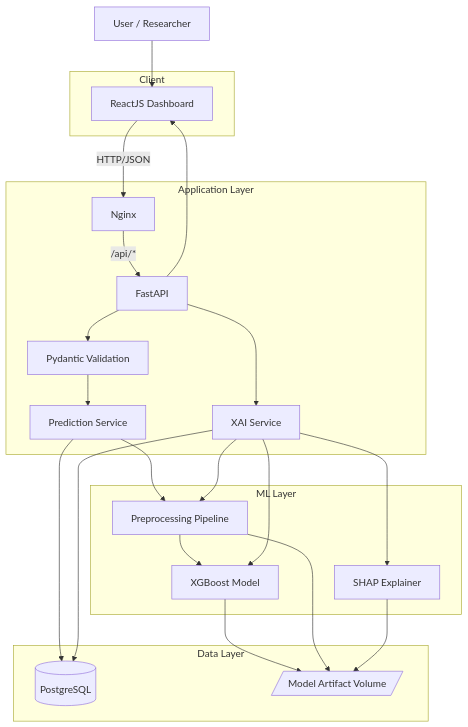
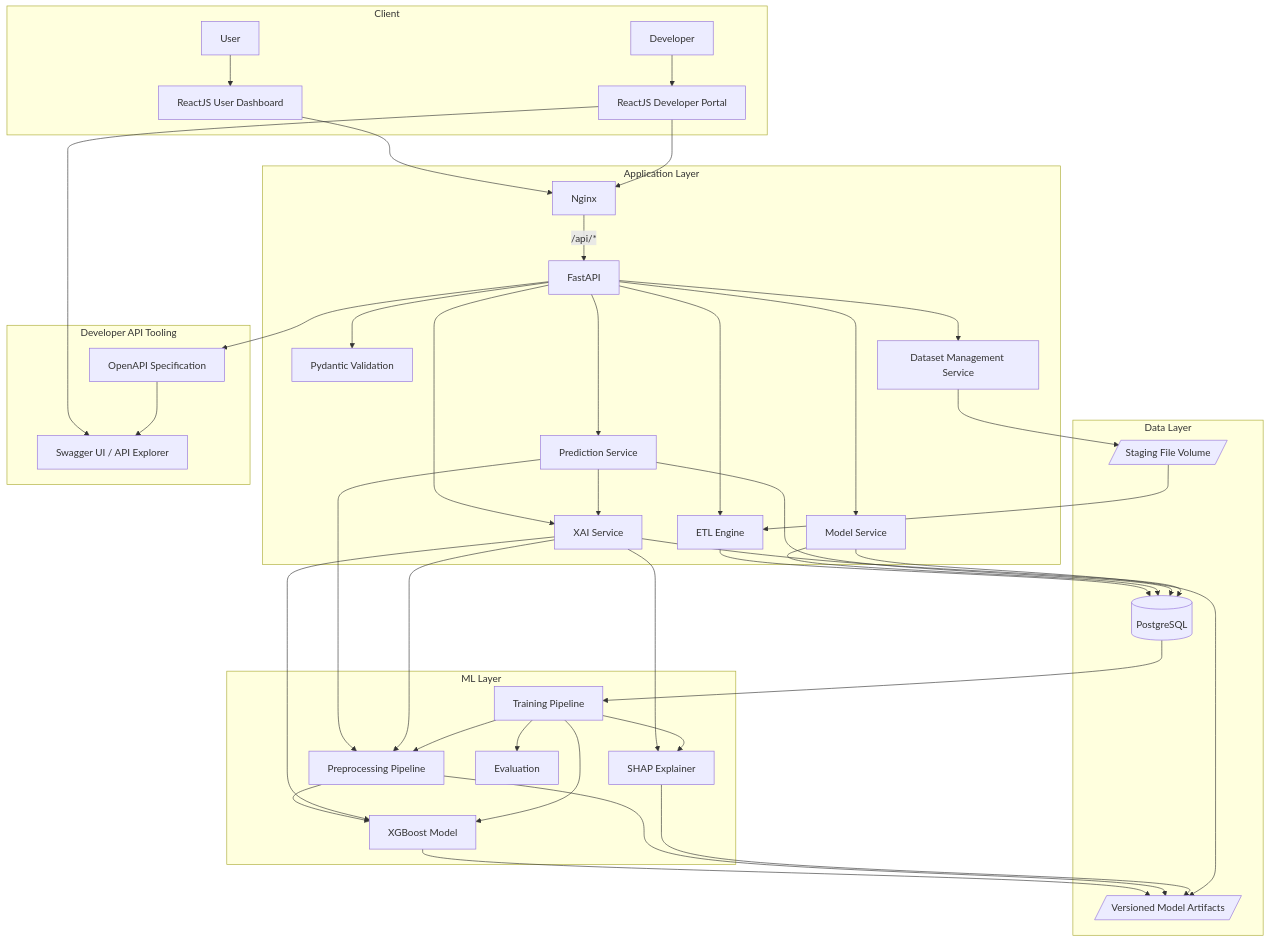
Before and after one commit to RistoKuy/XAI_Car_CP: the second of 11 diagrams in implementation_plan.md, drawn with Mermaid. The commit also changed other lines of this file and 31 other files, not shown here.

First line of the commit message:
Developer Portal terisolasi: ETL upload Update/Replace + 6 modul + port loopback

````diff
--- a/implementation_plan.md
+++ b/implementation_plan.md
@@ -90,9 +156,10 @@
 ```mermaid
 flowchart TB
-    U[User / Researcher]
-
     subgraph Browser[Client]
-        R[ReactJS Dashboard]
+        U[User]
+        D[Developer]
+        FE[ReactJS User Dashboard]
+        DEV[ReactJS Developer Portal]
     end
 
     subgraph App[Application Layer]
@@ -101,34 +168,71 @@
         V[Pydantic Validation]
         S[Prediction Service]
         X[XAI Service]
+        DM[Dataset Management Service]
+        ETL[ETL Engine]
+        MS[Model Service]
     end
 
     subgraph ML[ML Layer]
         P[Preprocessing Pipeline]
         M[XGBoost Model]
         SH[SHAP Explainer]
+        TR[Training Pipeline]
+        EV[Evaluation]
     end
 
     subgraph Data[Data Layer]
+        STG[/Staging File Volume/]
         PG[(PostgreSQL)]
-        FS[/Model Artifact Volume/]
+        FS[/Versioned Model Artifacts/]
     end
 
-    U --> R
-    R -->|HTTP/JSON| N
+    subgraph API[Developer API Tooling]
+        O[OpenAPI Specification]
+        SW[Swagger UI / API Explorer]
+    end
+
+    U --> FE
+    D --> DEV
+
+    FE --> N
+    DEV --> N
     N -->|/api/*| F
+
     F --> V
-    V --> S
+    F --> S
+    F --> X
+    F --> DM
+    F --> ETL
+    F --> MS
+
+    DEV --> SW
+    F --> O
+    O --> SW
+
     S --> P
     P --> M
-    S --> PG
+    S --> X
     X --> SH
     X --> M
     X --> P
-    X --> PG
+
+    DM --> STG
+    STG --> ETL
+    ETL --> PG
+
+    PG --> TR
+    TR --> P
+    TR --> M
+    TR --> EV
+    TR --> SH
+
     M --> FS
     P --> FS
     SH --> FS
-    F --> X
-    F --> R
+    MS --> FS
+    MS --> PG
+
+    S --> PG
+    X --> PG
 ```
````
